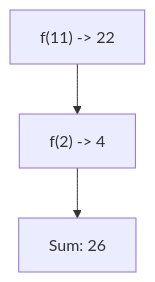
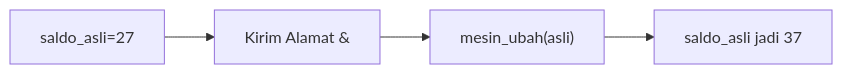
Before and after one commit to amnahwaida/OSNK_INF_PREP: the fifth of 25 diagrams in part-c-pemahaman-cpp/04-fungsi/latihan/set-08.md, drawn with Mermaid. The commit also changed other lines of this file and 71 other files, not shown here.

````diff
--- a/part-c-pemahaman-cpp/04-fungsi/latihan/set-08.md
+++ b/part-c-pemahaman-cpp/04-fungsi/latihan/set-08.md
@@ -128,5 +133,6 @@
 ```mermaid
-graph TD
-A["f(11) -> 22"] --> B["f(2) -> 4"]
-B --> C["Sum: 26"]
+graph LR
+A["saldo_asli=27"] --> B["Kirim Alamat &"]
+B --> C["mesin_ubah(asli)"]
+C --> D["saldo_asli jadi 37"]
 ```
````
